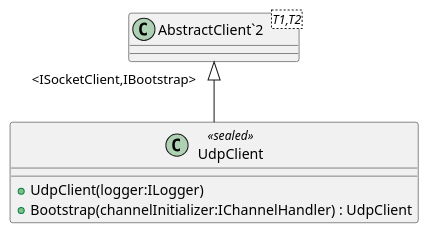
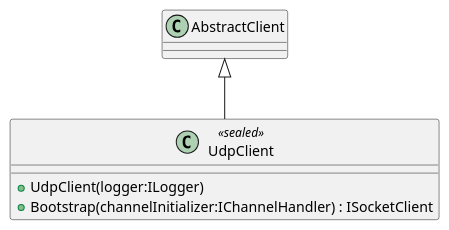
The diagram in Documentation/UML/Catalyst.Node.Common/Helpers/IO/Outbound/UdpClient.puml (catalyst-network/Catalyst), drawn with PlantUML before and after one commit. The commit also changed 20 other files, not shown here.

```diff
--- a/Documentation/UML/Catalyst.Node.Common/Helpers/IO/Outbound/UdpClient.puml
+++ b/Documentation/UML/Catalyst.Node.Common/Helpers/IO/Outbound/UdpClient.puml
@@ -1,9 +1,7 @@
 @startuml
 class UdpClient <<sealed>> {
     + UdpClient(logger:ILogger)
-    + Bootstrap(channelInitializer:IChannelHandler) : UdpClient
+    + Bootstrap(channelInitializer:IChannelHandler) : ISocketClient
 }
-class "AbstractClient`2"<T1,T2> {
-}
-"AbstractClient`2" "<ISocketClient,IBootstrap>" <|-- UdpClient
+AbstractClient <|-- UdpClient
 @enduml
```
